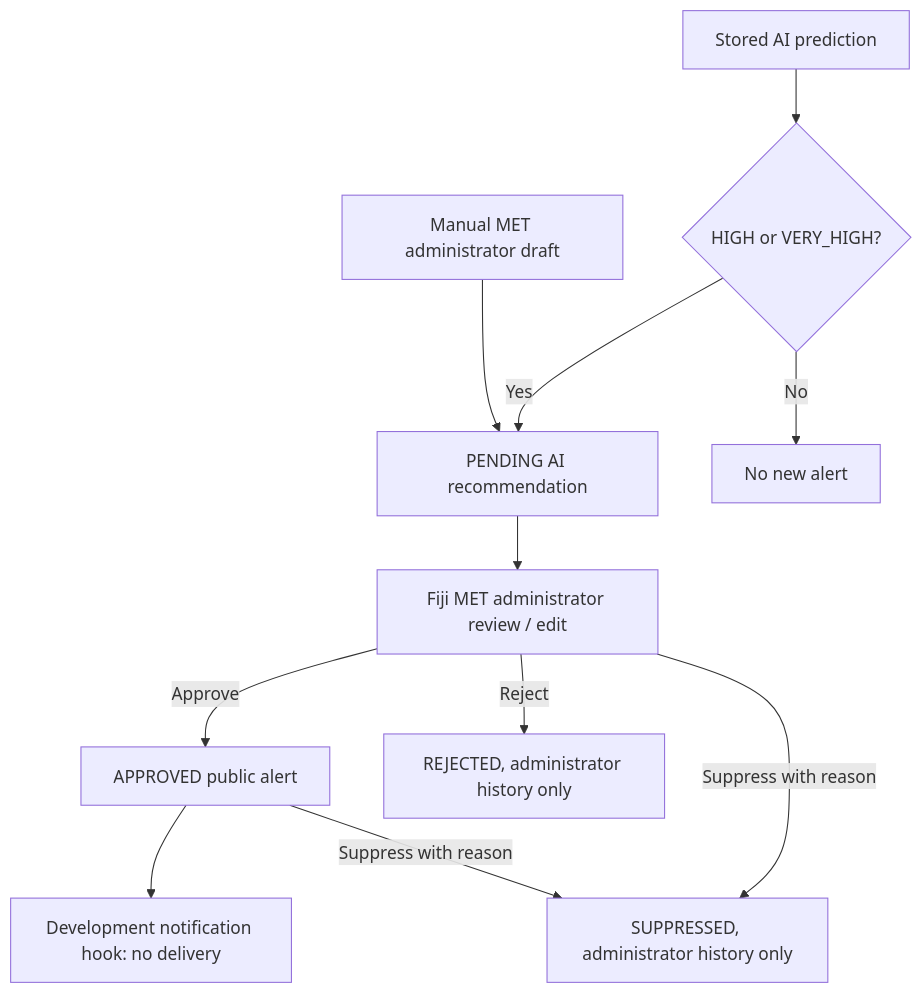
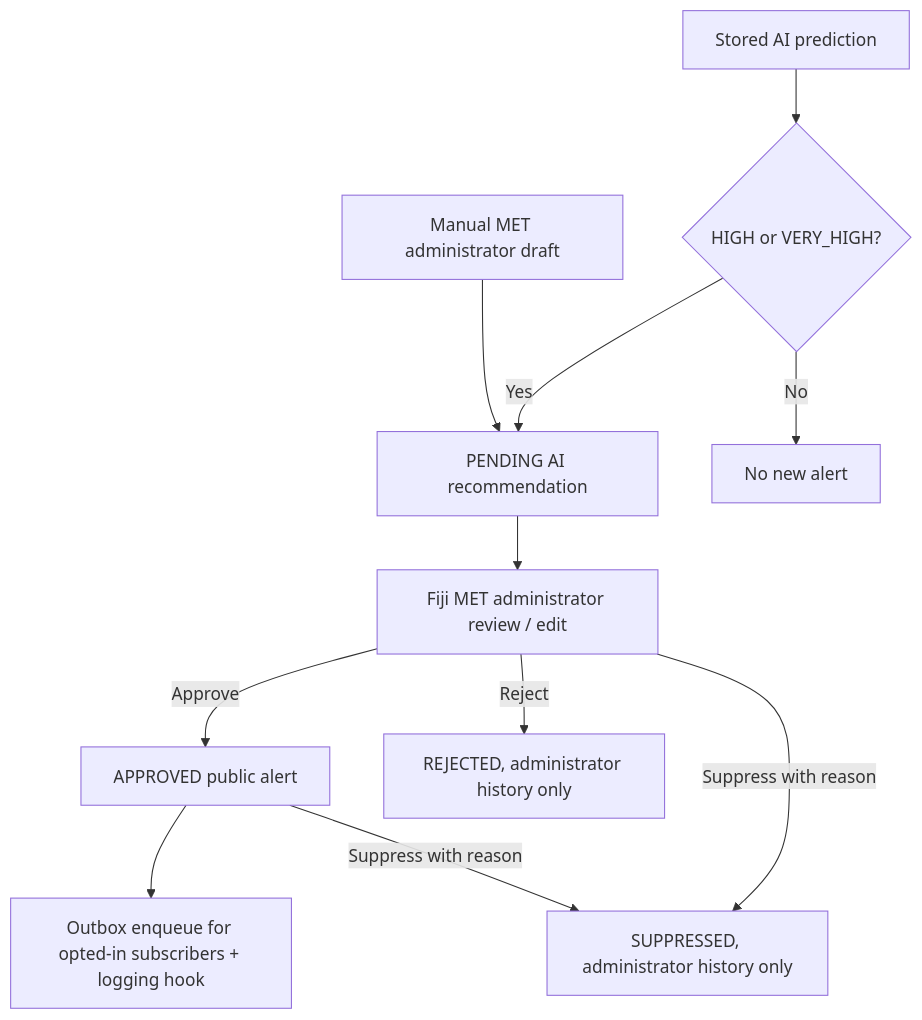
Before and after one commit to stoicsdielast/ai-risk-prediction-alert-system: the diagram in docs/ALERT_SYSTEM.md, drawn with Mermaid. The commit also changed other lines of this file and 25 other files, not shown here.

Commit message:
feat(notifications): add saved locations and durable browser notification outbox

````diff
--- a/docs/ALERT_SYSTEM.md
+++ b/docs/ALERT_SYSTEM.md
@@ -48,13 +48,13 @@
 ```mermaid
 flowchart TD
     Prediction[Stored AI prediction] --> Risk{HIGH or VERY_HIGH?}
     Risk -->|Yes| Pending[PENDING AI recommendation]
     Risk -->|No| None[No new alert]
     Manual[Manual MET administrator draft] --> Pending
     Pending --> Review[Fiji MET administrator review / edit]
     Review -->|Approve| Approved[APPROVED public alert]
     Review -->|Reject| Rejected[REJECTED, administrator history only]
     Review -->|Suppress with reason| Suppressed[SUPPRESSED, administrator history only]
-    Approved --> Hook[Development notification hook: no delivery]
+    Approved --> Hook[Outbox enqueue for opted-in subscribers + logging hook]
     Approved -->|Suppress with reason| Suppressed
 ```
````
